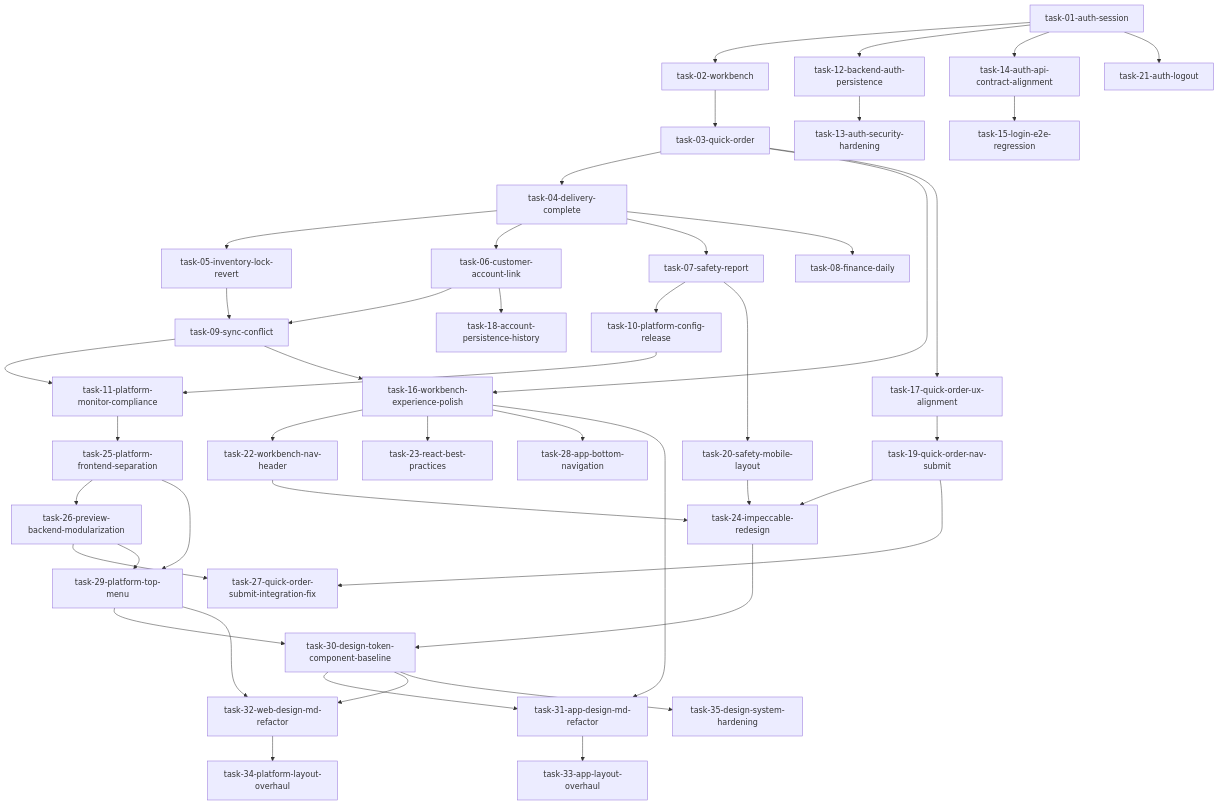
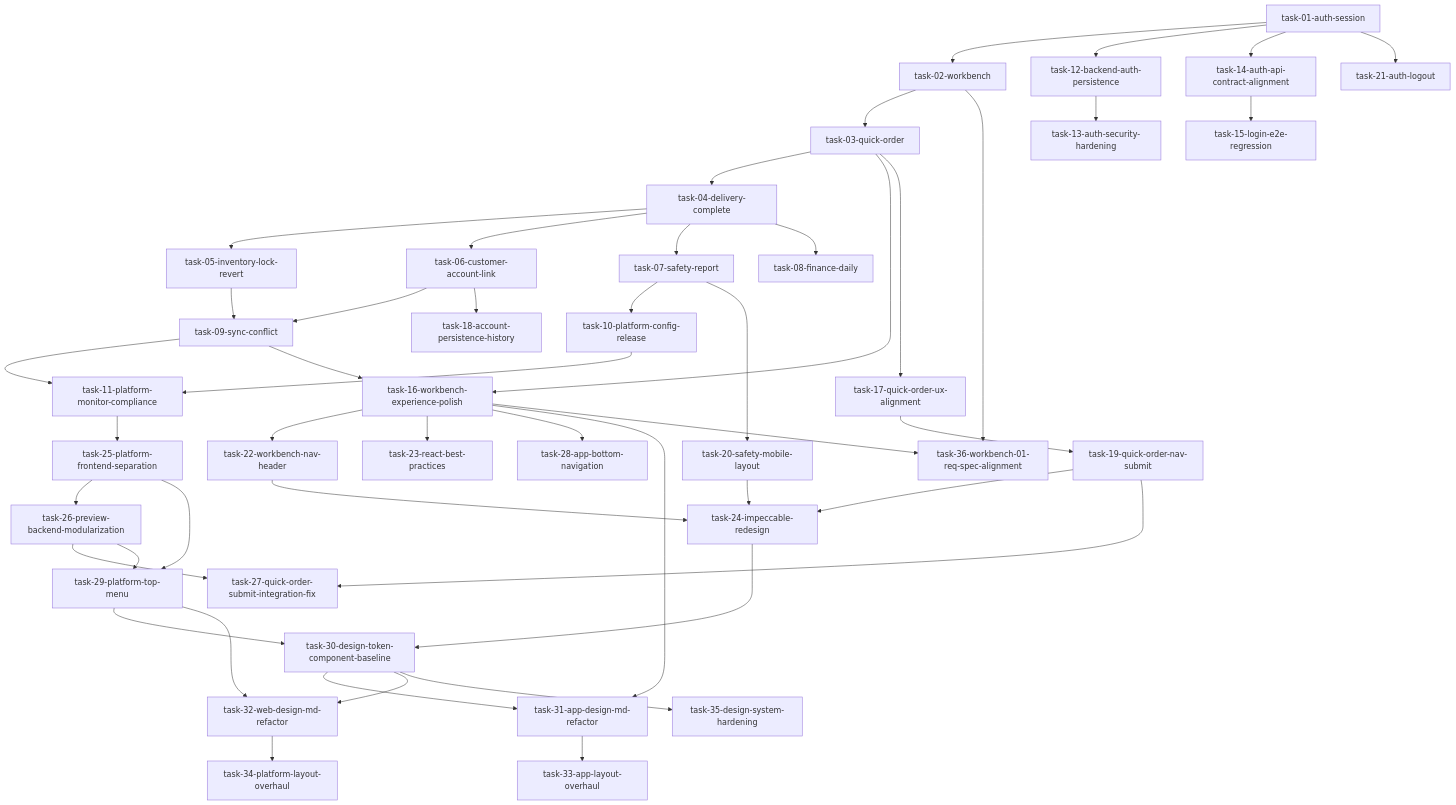
Before and after one commit to PojoZheng/lpg_gas_project: the diagram in .trellis/tasks/feature-task-map.md, drawn with Mermaid. The commit also changed other lines of this file and 8 other files, not shown here.

First line of the commit message:
docs(workbench): align 01 requirements with spec and add task-36

````diff
--- a/.trellis/tasks/feature-task-map.md
+++ b/.trellis/tasks/feature-task-map.md
@@ -36,47 +37,49 @@
 ```mermaid
 flowchart TD
 t01[task-01-auth-session] --> t02[task-02-workbench]
 t02 --> t03[task-03-quick-order]
 t03 --> t04[task-04-delivery-complete]
 t04 --> t05[task-05-inventory-lock-revert]
 t04 --> t06[task-06-customer-account-link]
 t04 --> t07[task-07-safety-report]
 t04 --> t08[task-08-finance-daily]
 t05 --> t09[task-09-sync-conflict]
 t06 --> t09
 t07 --> t10[task-10-platform-config-release]
 t09 --> t11[task-11-platform-monitor-compliance]
 t10 --> t11
 t01 --> t12[task-12-backend-auth-persistence]
 t12 --> t13[task-13-auth-security-hardening]
 t01 --> t14[task-14-auth-api-contract-alignment]
 t14 --> t15[task-15-login-e2e-regression]
 t03 --> t16[task-16-workbench-experience-polish]
 t09 --> t16
 t03 --> t17[task-17-quick-order-ux-alignment]
 t06 --> t18[task-18-account-persistence-history]
 t17 --> t19[task-19-quick-order-nav-submit]
 t07 --> t20[task-20-safety-mobile-layout]
 t01 --> t21[task-21-auth-logout]
 t16 --> t22[task-22-workbench-nav-header]
 t16 --> t23[task-23-react-best-practices]
 t19 --> t24[task-24-impeccable-redesign]
 t20 --> t24
 t22 --> t24
 t11 --> t25[task-25-platform-frontend-separation]
 t25 --> t26[task-26-preview-backend-modularization]
 t19 --> t27[task-27-quick-order-submit-integration-fix]
 t26 --> t27
 t16 --> t28[task-28-app-bottom-navigation]
 t25 --> t29[task-29-platform-top-menu]
 t26 --> t29
 t24 --> t30[task-30-design-token-component-baseline]
 t29 --> t30
 t16 --> t31[task-31-app-design-md-refactor]
 t30 --> t31
 t29 --> t32[task-32-web-design-md-refactor]
 t30 --> t32
 t31 --> t33[task-33-app-layout-overhaul]
 t32 --> t34[task-34-platform-layout-overhaul]
 t30 --> t35[task-35-design-system-hardening]
+t02 --> t36[task-36-workbench-01-req-spec-alignment]
+t16 --> t36
 ```
````
